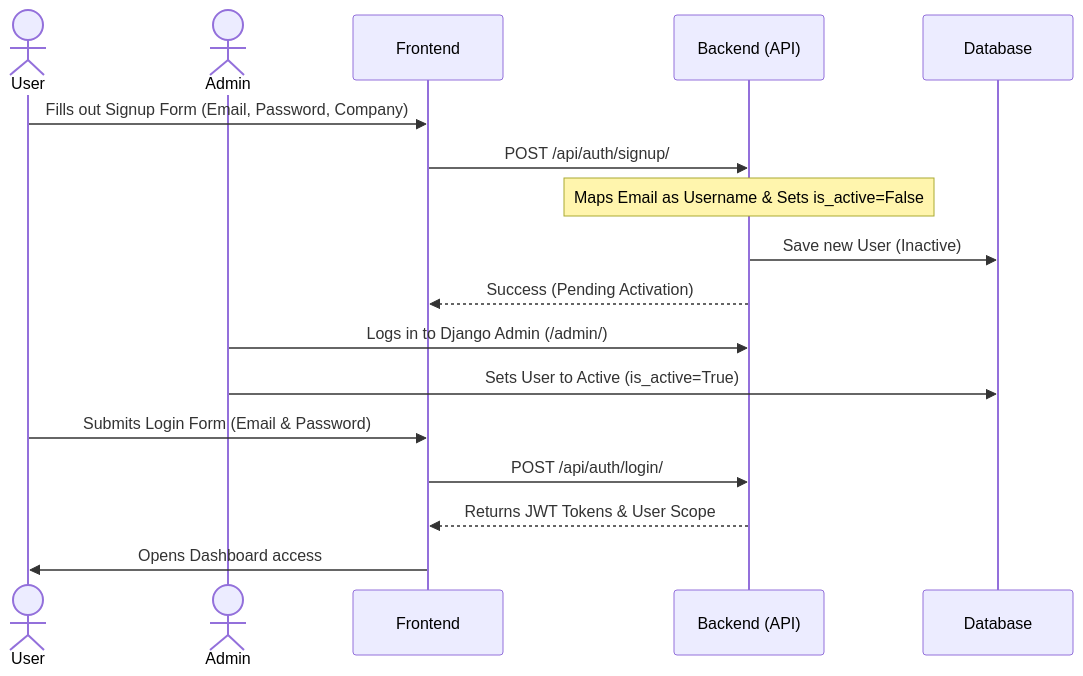
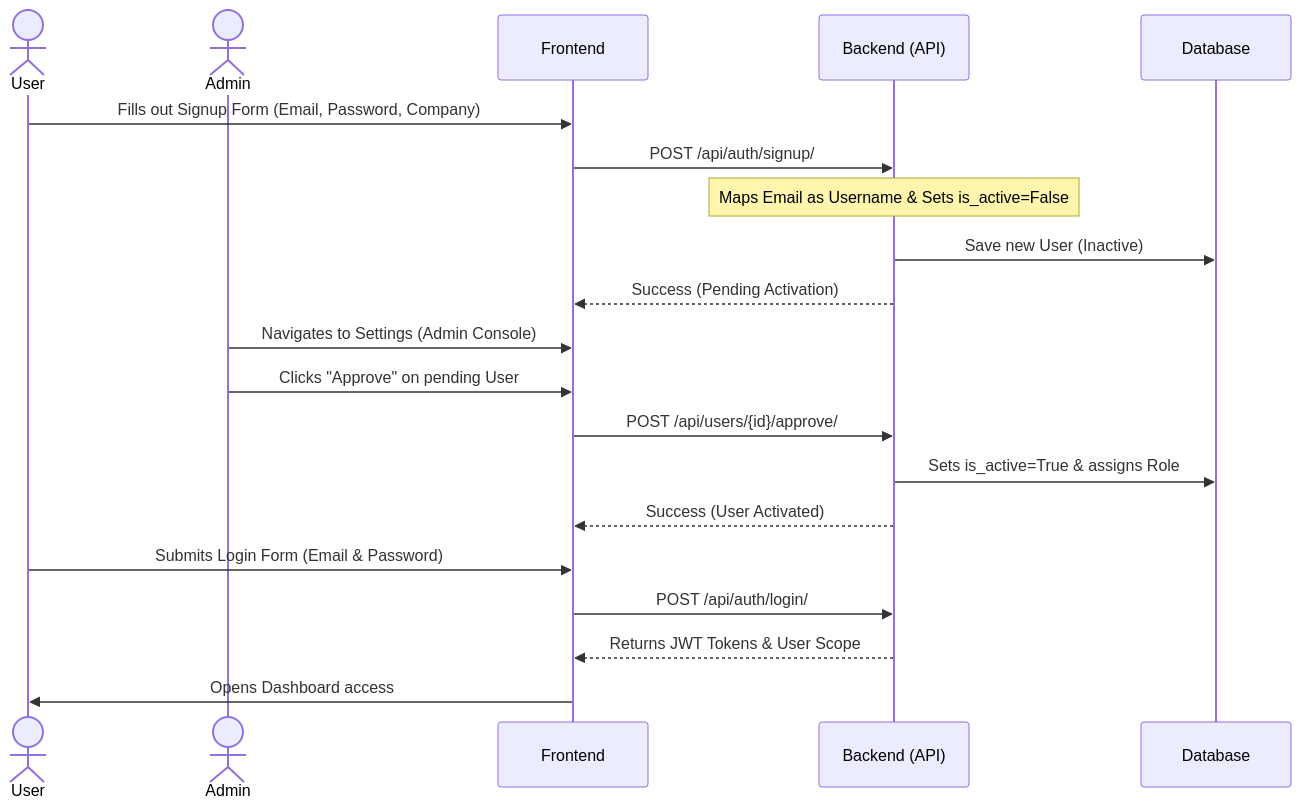
Before and after one commit to khimanshu07/Test: the diagram in README.md, drawn with Mermaid.

Commit message:
Update README sequence diagram to show frontend admin approval flow

````diff
--- a/README.md
+++ b/README.md
@@ -29,22 +29,25 @@
 ```mermaid
 sequenceDiagram
     actor User
     actor Admin
     participant Frontend
     participant Backend (API)
     participant Database
 
     User->>Frontend: Fills out Signup Form (Email, Password, Company)
     Frontend->>Backend (API): POST /api/auth/signup/
     Note over Backend (API): Maps Email as Username & Sets is_active=False
     Backend (API)->>Database: Save new User (Inactive)
     Backend (API)-->>Frontend: Success (Pending Activation)
     
-    Admin->>Backend (API): Logs in to Django Admin (/admin/)
-    Admin->>Database: Sets User to Active (is_active=True)
+    Admin->>Frontend: Navigates to Settings (Admin Console)
+    Admin->>Frontend: Clicks "Approve" on pending User
+    Frontend->>Backend (API): POST /api/users/{id}/approve/
+    Backend (API)->>Database: Sets is_active=True & assigns Role
+    Backend (API)-->>Frontend: Success (User Activated)
     
     User->>Frontend: Submits Login Form (Email & Password)
     Frontend->>Backend (API): POST /api/auth/login/
     Backend (API)-->>Frontend: Returns JWT Tokens & User Scope
     Frontend->>User: Opens Dashboard access
 ```
````
